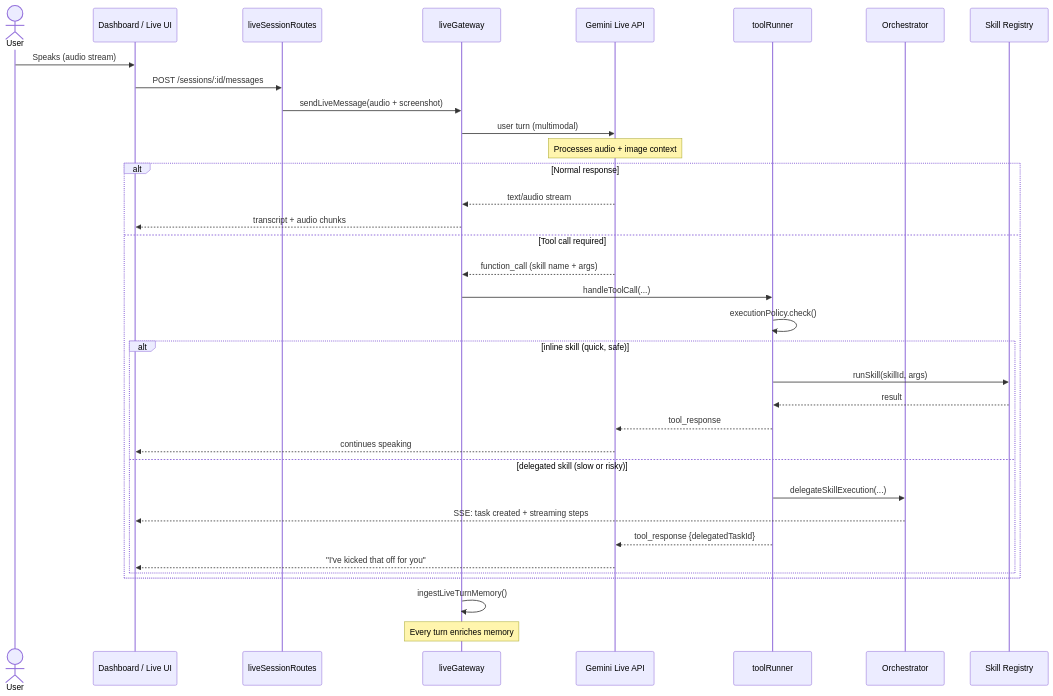
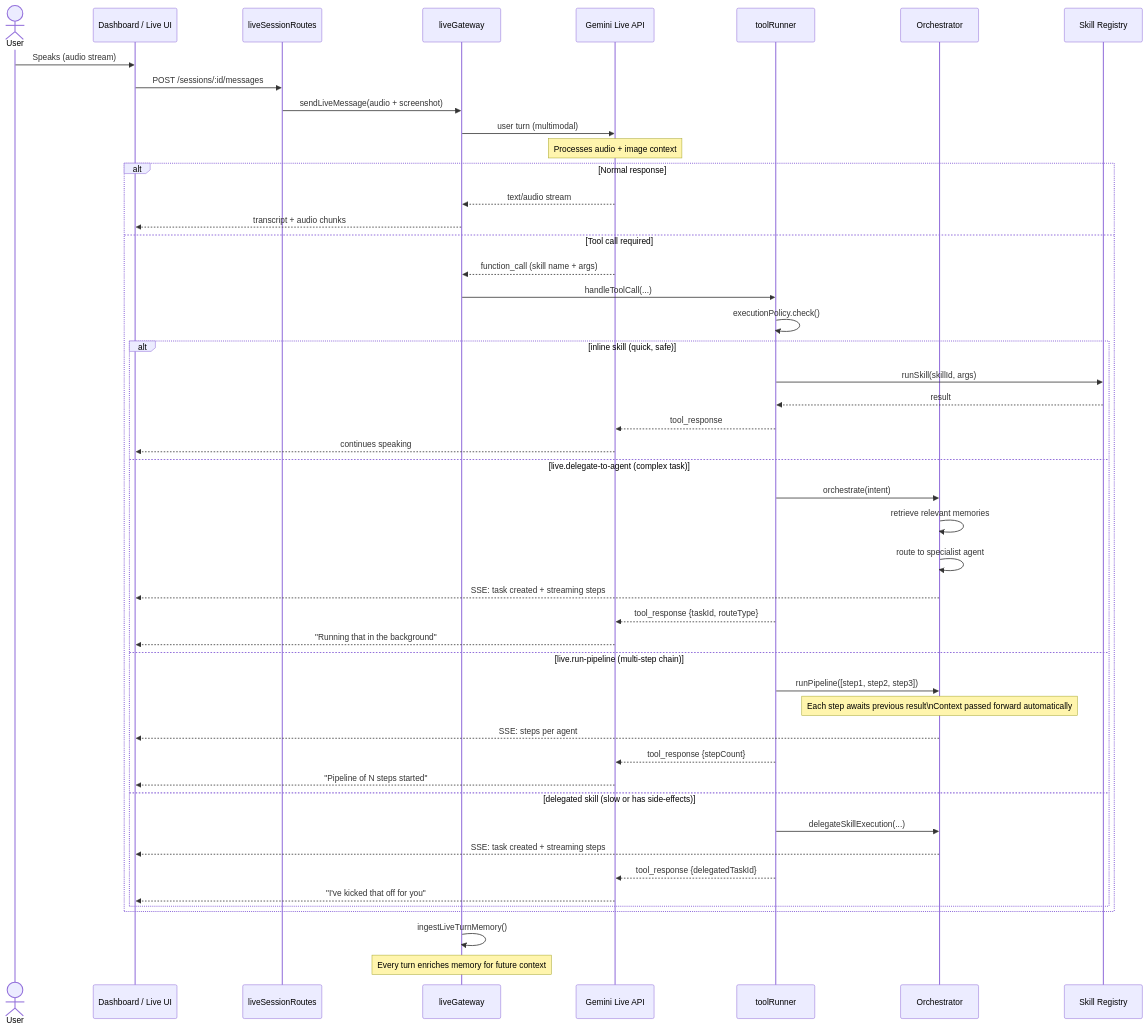
The fourth of 4 diagrams in README.md (Vrun-design/Crewmate-AI), drawn with Mermaid before and after one commit. The commit also changed other lines of this file and 42 other files, not shown here.

````diff
--- a/README.md
+++ b/README.md
@@ -197,41 +211,54 @@
 ```mermaid
 sequenceDiagram
     actor User
     participant UI as Dashboard / Live UI
     participant API as liveSessionRoutes
     participant GW as liveGateway
     participant Gemini as Gemini Live API
     participant TR as toolRunner
     participant Orch as Orchestrator
     participant Skills as Skill Registry
 
     User->>UI: Speaks (audio stream)
     UI->>API: POST /sessions/:id/messages
     API->>GW: sendLiveMessage(audio + screenshot)
     GW->>Gemini: user turn (multimodal)
     Note over Gemini: Processes audio + image context
 
     alt Normal response
         Gemini-->>GW: text/audio stream
         GW-->>UI: transcript + audio chunks
     else Tool call required
         Gemini-->>GW: function_call (skill name + args)
         GW->>TR: handleToolCall(...)
         TR->>TR: executionPolicy.check()
         
         alt inline skill (quick, safe)
             TR->>Skills: runSkill(skillId, args)
             Skills-->>TR: result
             TR-->>Gemini: tool_response
             Gemini-->>UI: continues speaking
-        else delegated skill (slow or risky)
+            else live.delegate-to-agent (complex task)
+            TR->>Orch: orchestrate(intent)
+            Orch->>Orch: retrieve relevant memories
+            Orch->>Orch: route to specialist agent
+            Orch-->>UI: SSE: task created + streaming steps
+            TR-->>Gemini: tool_response {taskId, routeType}
+            Gemini-->>UI: "Running that in the background"
+        else live.run-pipeline (multi-step chain)
+            TR->>Orch: runPipeline([step1, step2, step3])
+            Note over Orch: Each step awaits previous result\nContext passed forward automatically
+            Orch-->>UI: SSE: steps per agent
+            TR-->>Gemini: tool_response {stepCount}
+            Gemini-->>UI: "Pipeline of N steps started"
+        else delegated skill (slow or has side-effects)
             TR->>Orch: delegateSkillExecution(...)
             Orch-->>UI: SSE: task created + streaming steps
             TR-->>Gemini: tool_response {delegatedTaskId}
             Gemini-->>UI: "I've kicked that off for you"
         end
     end
 
     GW->>GW: ingestLiveTurnMemory()
-    Note over GW: Every turn enriches memory
+    Note over GW: Every turn enriches memory for future context
 ```
````
